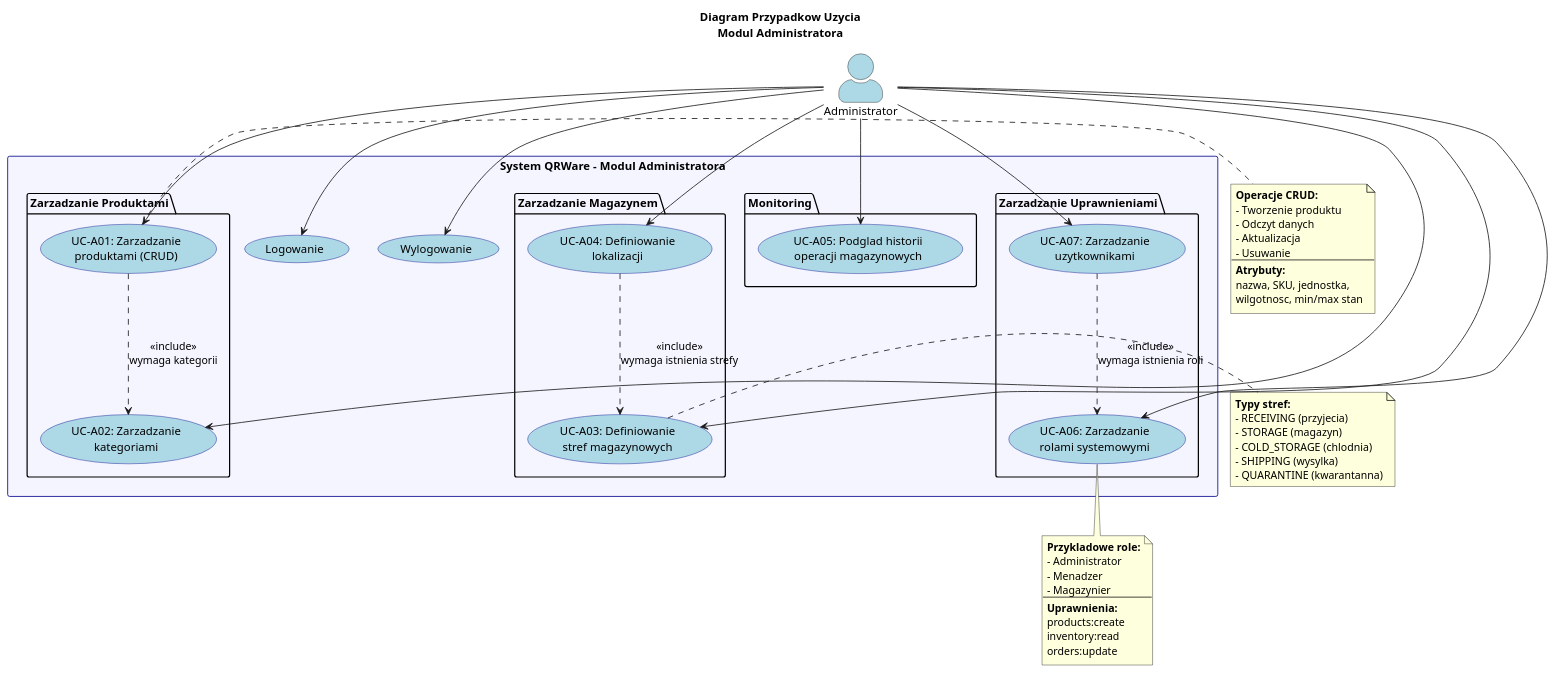
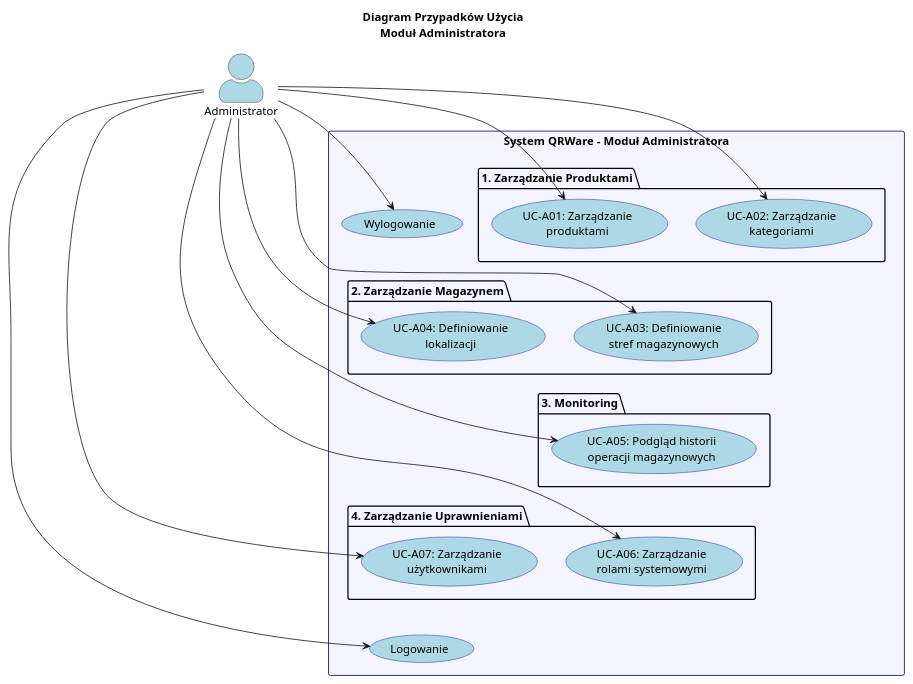
The diagram in diagrams/use_case_admin.puml (jantom38/QRWare1), drawn with PlantUML before and after one commit. The commit also changed 135 other files, not shown here.

```diff
--- a/diagrams/use_case_admin.puml
+++ b/diagrams/use_case_admin.puml
@@ -1,91 +1,64 @@
-@startuml Use Case - Modul Administratora
+@startuml Use Case - Modul Administratora - Pionowy
+
+' Ustawienie domyslne (gora-dol), ale wymusimy kolejnosc
+top to bottom direction
 
 skinparam actorStyle awesome
 skinparam usecase {
     BackgroundColor LightBlue
     BorderColor DarkBlue
 }
 skinparam rectangle {
     BackgroundColor #F5F5FF
     BorderColor DarkBlue
 }
 
-title Diagram Przypadkow Uzycia\nModul Administratora
+title Diagram Przypadków Użycia\nModuł Administratora
 
 actor "Administrator" as Admin #LightBlue
 
-rectangle "System QRWare - Modul Administratora" {
+rectangle "System QRWare - Moduł Administratora" {
     
-    package "Zarzadzanie Produktami" {
-        usecase "UC-A01: Zarzadzanie\nproduktami (CRUD)" as UC_A01
-        usecase "UC-A02: Zarzadzanie\nkategoriami" as UC_A02
+    package "1. Zarządzanie Produktami" {
+        usecase "UC-A01: Zarządzanie\nproduktami" as UC_A01
+        usecase "UC-A02: Zarządzanie\nkategoriami" as UC_A02
     }
     
-    package "Zarzadzanie Magazynem" {
+    package "2. Zarządzanie Magazynem" {
         usecase "UC-A03: Definiowanie\nstref magazynowych" as UC_A03
         usecase "UC-A04: Definiowanie\nlokalizacji" as UC_A04
     }
     
-    package "Monitoring" {
-        usecase "UC-A05: Podglad historii\noperacji magazynowych" as UC_A05
+    package "3. Monitoring" {
+        usecase "UC-A05: Podgląd historii\noperacji magazynowych" as UC_A05
     }
     
-    package "Zarzadzanie Uprawnieniami" {
-        usecase "UC-A06: Zarzadzanie\nrolami systemowymi" as UC_A06
-        usecase "UC-A07: Zarzadzanie\nuzytkownikami" as UC_A07
+    package "4. Zarządzanie Uprawnieniami" {
+        usecase "UC-A06: Zarządzanie\nrolami systemowymi" as UC_A06
+        usecase "UC-A07: Zarządzanie\nużytkownikami" as UC_A07
     }
     
     usecase "Logowanie" as Login
     usecase "Wylogowanie" as Logout
 }
 
-' Relacje aktora
+' Relacje aktora (zwykłe)
 Admin --> UC_A01
 Admin --> UC_A02
 Admin --> UC_A03
 Admin --> UC_A04
 Admin --> UC_A05
 Admin --> UC_A06
 Admin --> UC_A07
 Admin --> Login
 Admin --> Logout
 
-' Relacje miedzy UC
-UC_A04 ..> UC_A03 : <<include>>\nwymaga istnienia strefy
-UC_A01 ..> UC_A02 : <<include>>\nwymaga kategorii
-UC_A07 ..> UC_A06 : <<include>>\nwymaga istnienia roli
-
-note right of UC_A01
-  **Operacje CRUD:**
-  - Tworzenie produktu
-  - Odczyt danych
-  - Aktualizacja
-  - Usuwanie
-  --
-  **Atrybuty:**
-  nazwa, SKU, jednostka,
-  wilgotnosc, min/max stan
-end note
-
-note right of UC_A03
-  **Typy stref:**
-  - RECEIVING (przyjecia)
-  - STORAGE (magazyn)
-  - COLD_STORAGE (chlodnia)
-  - SHIPPING (wysylka)
-  - QUARANTINE (kwarantanna)
-end note
-
-note bottom of UC_A06
-  **Przykladowe role:**
-  - Administrator
-  - Menadzer
-  - Magazynier
-  --
-  **Uprawnienia:**
-  products:create
-  inventory:read
-  orders:update
-end note
+' === SEKCJA LAYOUT (Wymuszanie pionu) ===
+' Te linie sa niewidoczne, ale ustawiaja pakiety jeden pod drugim
+UC_A01 -[hidden]-> UC_A03
+UC_A03 -[hidden]-> UC_A05
+UC_A05 -[hidden]-> UC_A06
+' Odsuniecie logowania na bok lub dol
+UC_A07 -[hidden]-> Login
 
 @enduml
```
